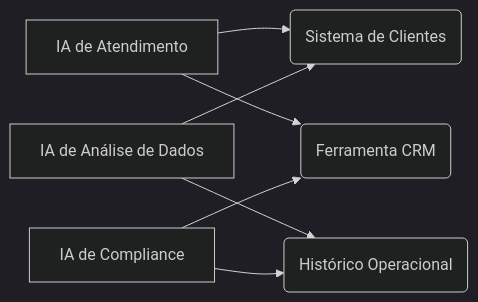
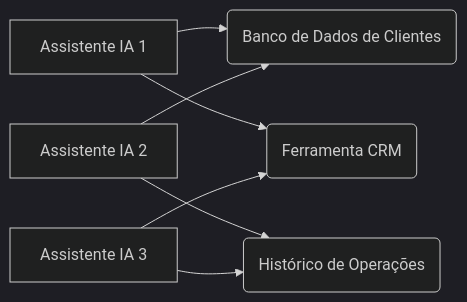
The second of 10 diagrams in AI/Communication/MCP/00-mcp-presentation-zero to hero.md (felipepimentel/my-public-notes), drawn with Mermaid (dark theme) before and after one commit. The commit also changed other lines of this file and 1 other file, not shown here.

````diff
--- a/AI/Communication/MCP/00-mcp-presentation-zero to hero.md
+++ b/AI/Communication/MCP/00-mcp-presentation-zero to hero.md
@@ -40,9 +40,9 @@
 ```mermaid
 graph LR
-    A1[IA de Atendimento] --> D1(Sistema de Clientes)
+    A1[Assistente IA 1] --> D1(Banco de Dados de Clientes)
     A1 --> T1(Ferramenta CRM)
-    A2[IA de Análise de Dados] --> D1(Sistema de Clientes)
-    A2 --> D2(Histórico Operacional)
-    A3[IA de Compliance] --> D2(Histórico Operacional)
+    A2[Assistente IA 2] --> D1(Banco de Dados de Clientes)
+    A2 --> D2(Histórico de Operações)
+    A3[Assistente IA 3] --> D2(Histórico de Operações)
     A3 --> T1(Ferramenta CRM)
 ```
````
